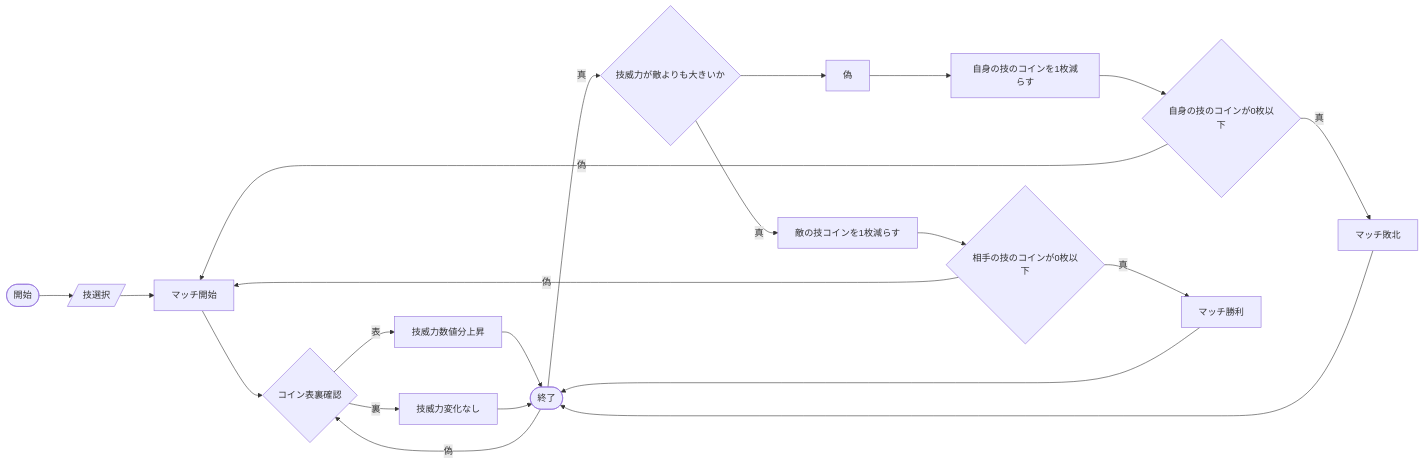
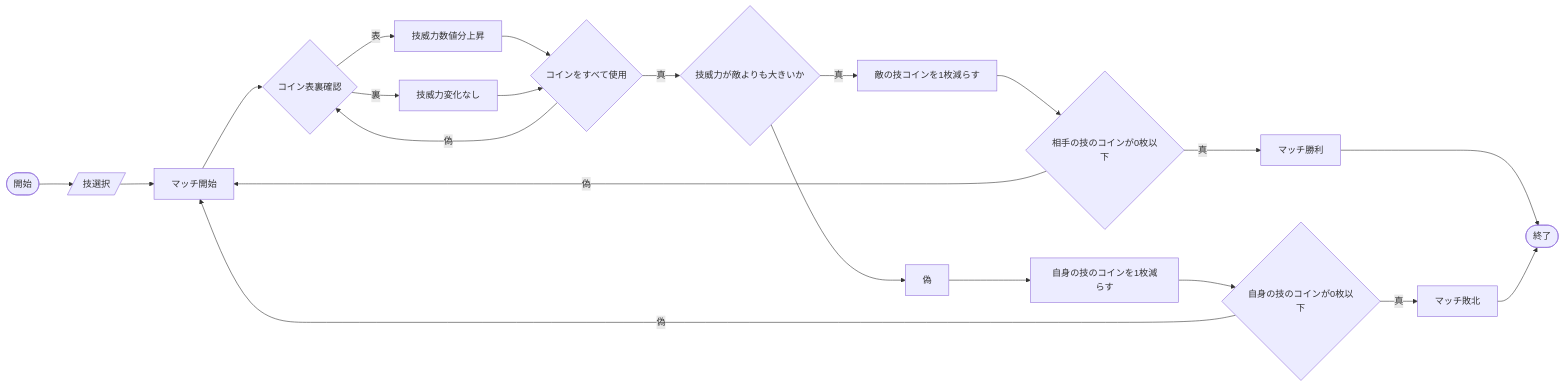
Before and after one commit to tpu-game-2023/mermaid_test: the first of 3 diagrams in README.md, drawn with Mermaid.

Commit message:
見取り図微調整

````diff
--- a/README.md
+++ b/README.md
@@ -20,22 +20,22 @@
 ```mermaid
 flowchart LR;
    A([開始]) --> B[/技選択/];
    B --> C[マッチ開始];
    C --> D{コイン表裏確認};
    D --表-->E[技威力数値分上昇];
    D --裏--> F[技威力変化なし];
    E-->G{コインをすべて使用};
    F-->G
    G--真-->H{技威力が敵よりも大きいか};
    G--偽-->D;
    H--真-->I[敵の技コインを1枚減らす];
    H-->偽-->J[自身の技のコインを1枚減らす];
    I-->K{相手の技のコインが0枚以下};
    J-->L{自身の技のコインが0枚以下};
    K--真-->M[マッチ勝利];
    K--偽-->C;
    L--真-->N[マッチ敗北];
    L--偽-->C;
-   M-->G([終了]);
-   N-->G;
+   M-->O([終了]);
+   N-->O;
 ```
````
